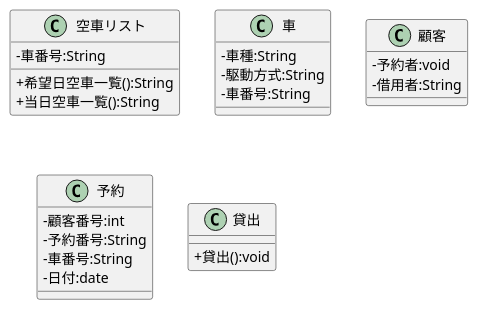
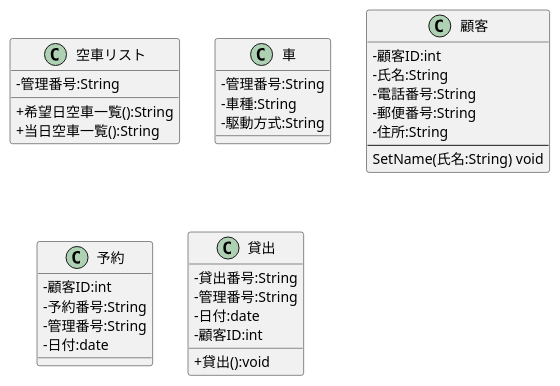
The diagram in 例題3-1_CL_車両貸出システム.pu (marute0215/uml-introduction), drawn with PlantUML before and after one commit.

Commit message:
例題提出

```diff
--- a/例題3-1_CL_車両貸出システム.pu
+++ b/例題3-1_CL_車両貸出システム.pu
@@ -1,26 +1,35 @@
 @startuml
 skinparam classAttributeIconSize 0
 class 空車リスト  {
--車番号:String
+- 管理番号:String
 +希望日空車一覧():String
 +当日空車一覧():String
 }
 class 車 {
+- 管理番号:String
 - 車種:String
 - 駆動方式:String
-- 車番号:String
 }
 class 顧客 {
-- 予約者:void
-- 借用者:String
+- 顧客ID:int
+- 氏名:String
+- 電話番号:String
+- 郵便番号:String
+- 住所:String
+---
+SetName(氏名:String) void
 }
 class 予約 {
-- 顧客番号:int
+- 顧客ID:int
 - 予約番号:String
-- 車番号:String
+- 管理番号:String
 - 日付:date
 }
 class 貸出{
+- 貸出番号:String
+- 管理番号:String
+- 日付:date
+- 顧客ID:int
 + 貸出():void
 }
 @enduml
```
